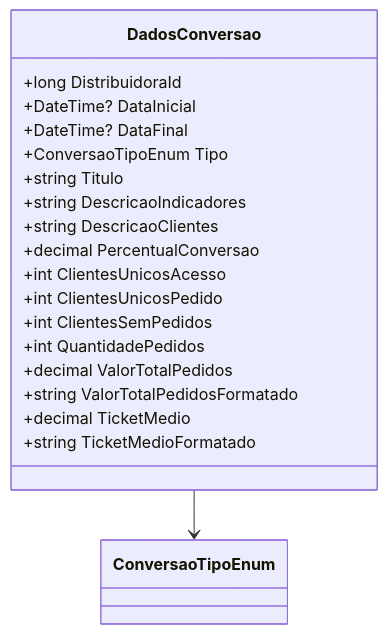
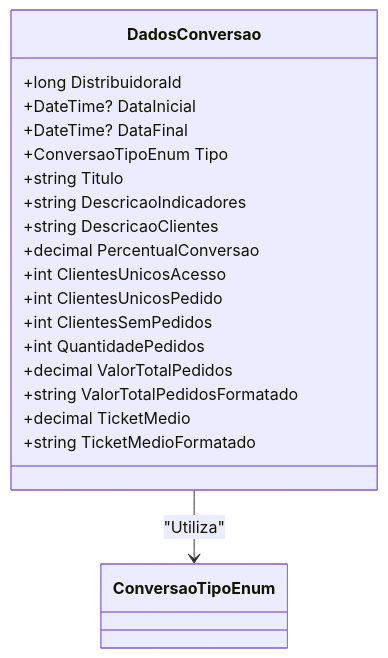
One commit to IsthmusSistemas/documentacao-tecnica changed the third of 3 diagrams in docs/b2b-dominio/IsthmusWinthor.Nucleo/IsthmusWinthor.Dominio/Analytics/Pedidos/DadosConversao.md. Above: the diagram before and after it, drawn with Mermaid. The commit also changed other lines of this file and 882 other files, not shown here.

````diff
--- a/docs/b2b-dominio/IsthmusWinthor.Nucleo/IsthmusWinthor.Dominio/Analytics/Pedidos/DadosConversao.md
+++ b/docs/b2b-dominio/IsthmusWinthor.Nucleo/IsthmusWinthor.Dominio/Analytics/Pedidos/DadosConversao.md
@@ -79,22 +59,24 @@
 ```mermaid
 classDiagram
     class DadosConversao {
         +long DistribuidoraId
         +DateTime? DataInicial
         +DateTime? DataFinal
         +ConversaoTipoEnum Tipo
         +string Titulo
         +string DescricaoIndicadores
         +string DescricaoClientes
         +decimal PercentualConversao
         +int ClientesUnicosAcesso
         +int ClientesUnicosPedido
         +int ClientesSemPedidos
         +int QuantidadePedidos
         +decimal ValorTotalPedidos
         +string ValorTotalPedidosFormatado
         +decimal TicketMedio
         +string TicketMedioFormatado
     }
-    DadosConversao --> ConversaoTipoEnum
+    class ConversaoTipoEnum
+    
+    DadosConversao --> ConversaoTipoEnum : "Utiliza"
 ```
````
